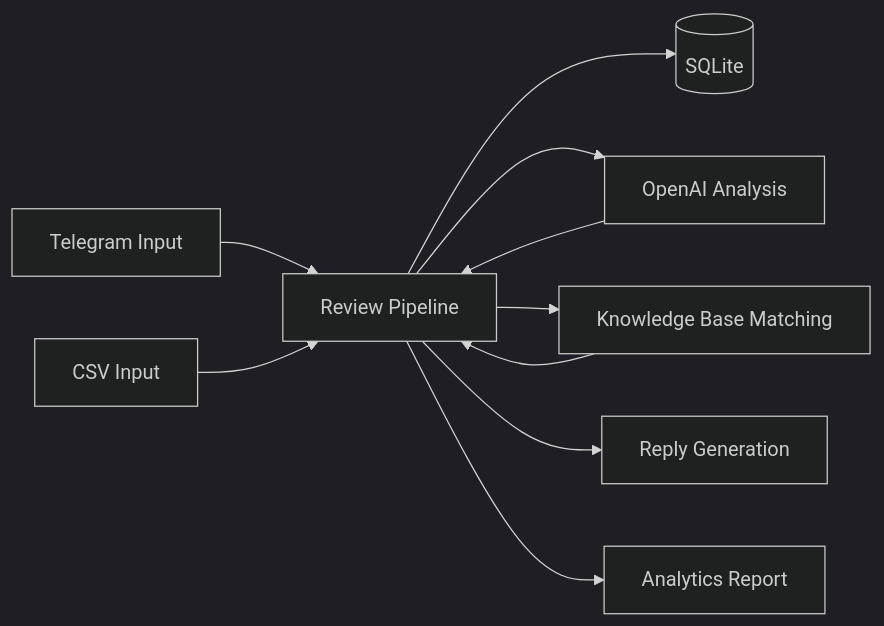
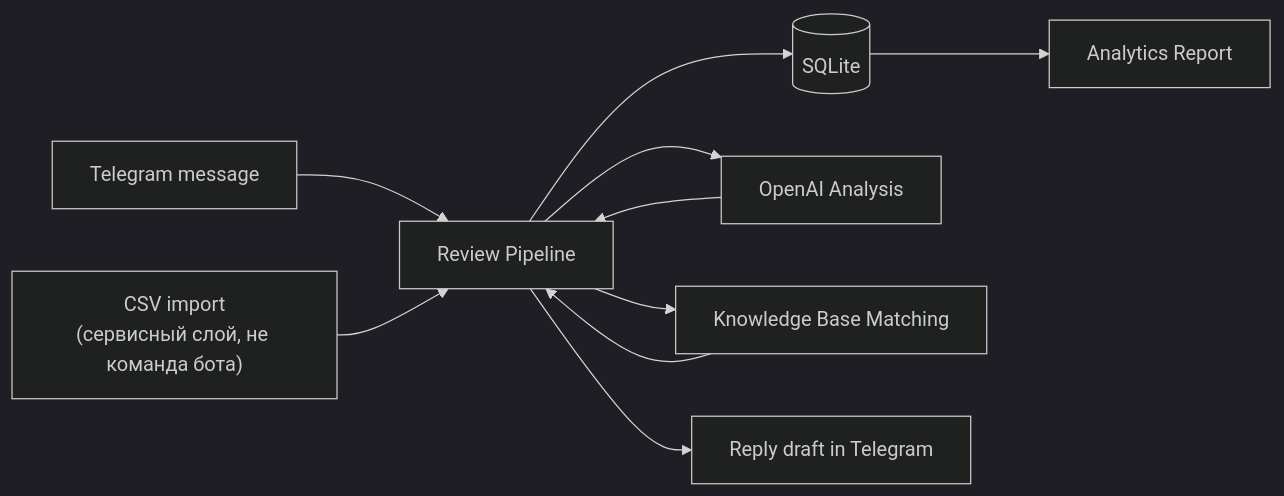
The diagram in README.md (eliv1982/customer-review-ai-assistant), drawn with Mermaid (dark theme) before and after one commit. The commit also changed other lines of this file and 12 other files, not shown here.

````diff
--- a/README.md
+++ b/README.md
@@ -45,12 +80,12 @@
 ```mermaid
 flowchart LR
-    A[Telegram Input] --> D[Review Pipeline]
-    B[CSV Input] --> D
+    A[Telegram message] --> D[Review Pipeline]
+    B["CSV import<br/>(сервисный слой, не команда бота)"] --> D
     D --> C[(SQLite)]
     D --> E[OpenAI Analysis]
     D --> F[Knowledge Base Matching]
     E --> D
     F --> D
-    D --> G[Reply Generation]
-    D --> H[Analytics Report]
+    D --> G[Reply draft in Telegram]
+    C --> H[Analytics Report]
 ```
````
